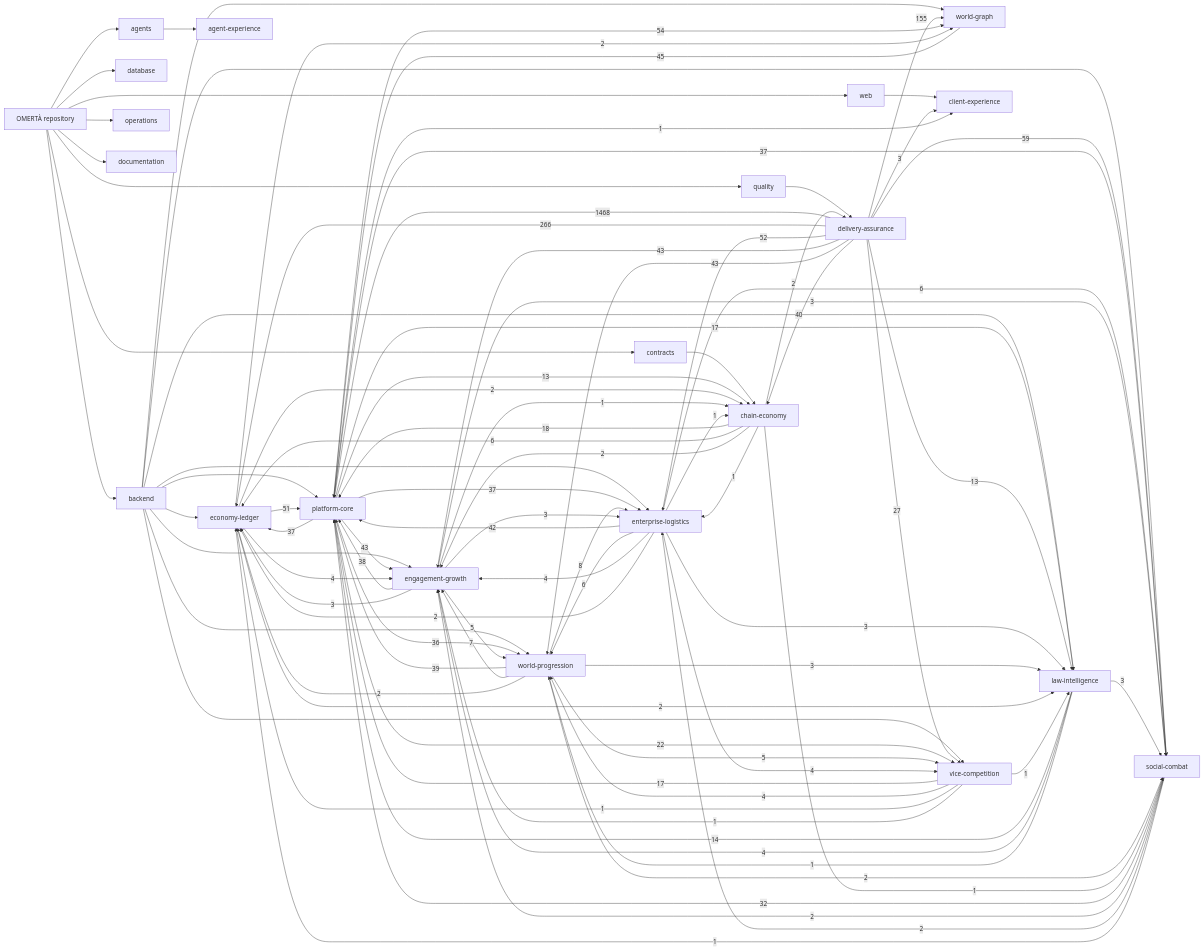
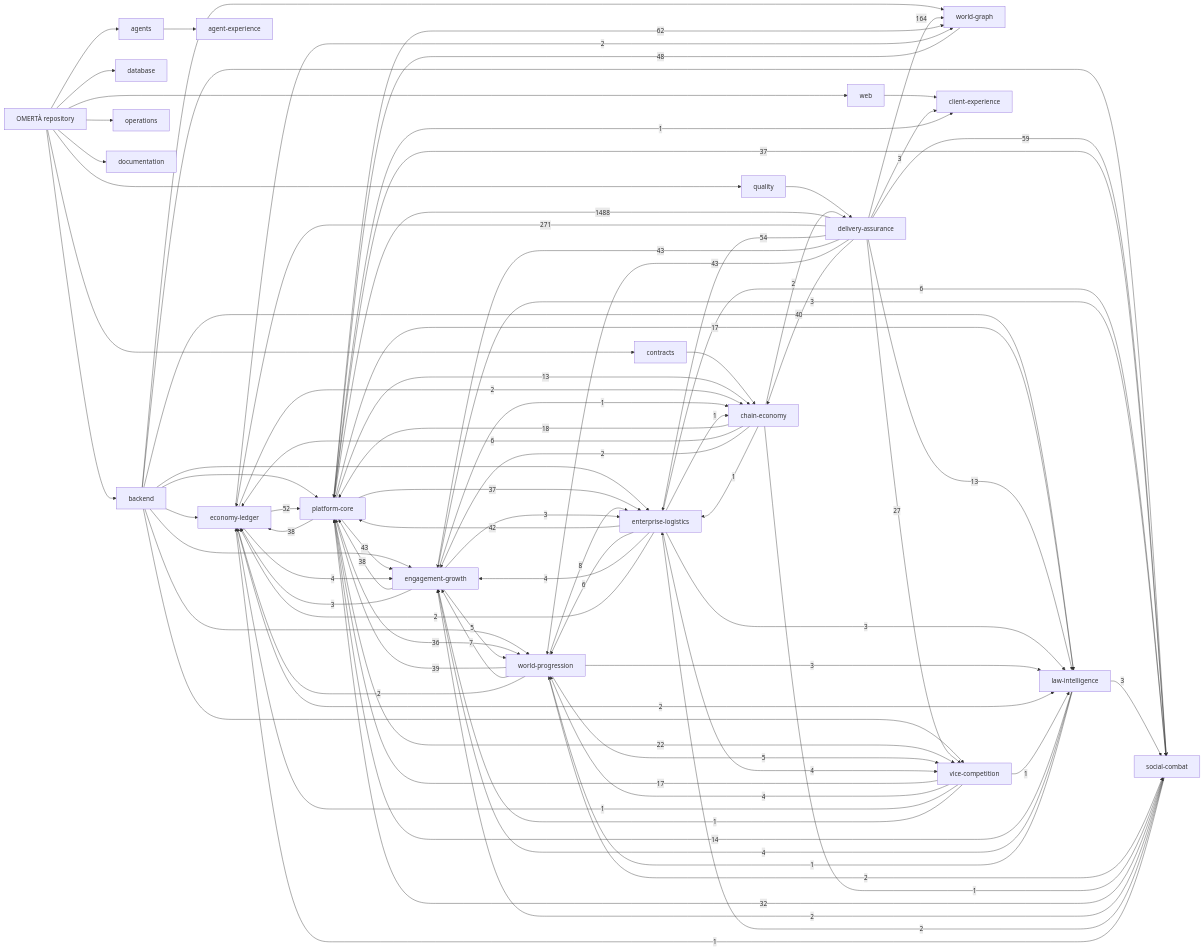
One commit to OmertaDev/Omerta changed the diagram in knowledge/generated/graph.mmd. Above: the diagram before and after it, drawn with Mermaid. The commit also changed 8 other files, not shown here.

```diff
--- a/knowledge/generated/graph.mmd
+++ b/knowledge/generated/graph.mmd
@@ -1,111 +1,111 @@
 flowchart LR
   repo["OMERTÀ repository"]
   sub_backend["backend"]
   repo --> sub_backend
   sub_database["database"]
   repo --> sub_database
   sub_web["web"]
   repo --> sub_web
   sub_contracts["contracts"]
   repo --> sub_contracts
   sub_agents["agents"]
   repo --> sub_agents
   sub_quality["quality"]
   repo --> sub_quality
   sub_operations["operations"]
   repo --> sub_operations
   sub_documentation["documentation"]
   repo --> sub_documentation
   dom_platform-core["platform-core"]
   dom_economy-ledger["economy-ledger"]
   dom_social-combat["social-combat"]
   dom_world-progression["world-progression"]
   dom_world-graph["world-graph"]
   dom_enterprise-logistics["enterprise-logistics"]
   dom_vice-competition["vice-competition"]
   dom_law-intelligence["law-intelligence"]
   dom_chain-economy["chain-economy"]
   dom_engagement-growth["engagement-growth"]
   dom_client-experience["client-experience"]
   dom_agent-experience["agent-experience"]
   dom_delivery-assurance["delivery-assurance"]
   sub_agents --> dom_agent-experience
   sub_backend --> dom_economy-ledger
   sub_backend --> dom_engagement-growth
   sub_backend --> dom_enterprise-logistics
   sub_backend --> dom_law-intelligence
   sub_backend --> dom_platform-core
   sub_backend --> dom_social-combat
   sub_backend --> dom_vice-competition
   sub_backend --> dom_world-graph
   sub_backend --> dom_world-progression
   sub_contracts --> dom_chain-economy
   sub_quality --> dom_delivery-assurance
   sub_web --> dom_client-experience
-  dom_delivery-assurance -->|1468| dom_platform-core
-  dom_delivery-assurance -->|266| dom_economy-ledger
-  dom_delivery-assurance -->|155| dom_world-graph
+  dom_delivery-assurance -->|1488| dom_platform-core
+  dom_delivery-assurance -->|271| dom_economy-ledger
+  dom_delivery-assurance -->|164| dom_world-graph
+  dom_platform-core -->|62| dom_world-graph
   dom_delivery-assurance -->|59| dom_social-combat
-  dom_platform-core -->|54| dom_world-graph
-  dom_delivery-assurance -->|52| dom_enterprise-logistics
-  dom_economy-ledger -->|51| dom_platform-core
-  dom_world-graph -->|45| dom_platform-core
+  dom_delivery-assurance -->|54| dom_enterprise-logistics
+  dom_economy-ledger -->|52| dom_platform-core
+  dom_world-graph -->|48| dom_platform-core
   dom_delivery-assurance -->|43| dom_engagement-growth
   dom_delivery-assurance -->|43| dom_world-progression
   dom_platform-core -->|43| dom_engagement-growth
   dom_enterprise-logistics -->|42| dom_platform-core
   dom_delivery-assurance -->|40| dom_chain-economy
   dom_world-progression -->|39| dom_platform-core
   dom_engagement-growth -->|38| dom_platform-core
-  dom_platform-core -->|37| dom_economy-ledger
+  dom_platform-core -->|38| dom_economy-ledger
   dom_platform-core -->|37| dom_enterprise-logistics
   dom_platform-core -->|37| dom_social-combat
   dom_platform-core -->|36| dom_world-progression
   dom_social-combat -->|32| dom_platform-core
   dom_delivery-assurance -->|27| dom_vice-competition
   dom_platform-core -->|22| dom_vice-competition
   dom_chain-economy -->|18| dom_platform-core
   dom_platform-core -->|17| dom_law-intelligence
   dom_vice-competition -->|17| dom_platform-core
   dom_law-intelligence -->|14| dom_platform-core
   dom_delivery-assurance -->|13| dom_law-intelligence
   dom_platform-core -->|13| dom_chain-economy
   dom_world-progression -->|8| dom_enterprise-logistics
   dom_world-progression -->|7| dom_engagement-growth
   dom_chain-economy -->|6| dom_economy-ledger
   dom_enterprise-logistics -->|6| dom_social-combat
   dom_enterprise-logistics -->|6| dom_world-progression
   dom_engagement-growth -->|5| dom_world-progression
   dom_world-progression -->|5| dom_vice-competition
   dom_economy-ledger -->|4| dom_engagement-growth
   dom_enterprise-logistics -->|4| dom_engagement-growth
   dom_enterprise-logistics -->|4| dom_vice-competition
   dom_law-intelligence -->|4| dom_engagement-growth
   dom_vice-competition -->|4| dom_world-progression
   dom_delivery-assurance -->|3| dom_client-experience
   dom_engagement-growth -->|3| dom_economy-ledger
   dom_engagement-growth -->|3| dom_enterprise-logistics
   dom_engagement-growth -->|3| dom_social-combat
   dom_enterprise-logistics -->|3| dom_law-intelligence
   dom_law-intelligence -->|3| dom_social-combat
   dom_world-progression -->|3| dom_law-intelligence
   dom_chain-economy -->|2| dom_delivery-assurance
   dom_chain-economy -->|2| dom_engagement-growth
   dom_economy-ledger -->|2| dom_chain-economy
   dom_economy-ledger -->|2| dom_law-intelligence
   dom_economy-ledger -->|2| dom_world-graph
   dom_enterprise-logistics -->|2| dom_economy-ledger
   dom_social-combat -->|2| dom_engagement-growth
   dom_social-combat -->|2| dom_enterprise-logistics
   dom_world-progression -->|2| dom_economy-ledger
   dom_world-progression -->|2| dom_social-combat
   dom_chain-economy -->|1| dom_enterprise-logistics
   dom_chain-economy -->|1| dom_social-combat
   dom_engagement-growth -->|1| dom_chain-economy
   dom_enterprise-logistics -->|1| dom_chain-economy
   dom_law-intelligence -->|1| dom_world-progression
   dom_platform-core -->|1| dom_client-experience
   dom_social-combat -->|1| dom_economy-ledger
   dom_vice-competition -->|1| dom_economy-ledger
   dom_vice-competition -->|1| dom_engagement-growth
   dom_vice-competition -->|1| dom_law-intelligence
```
